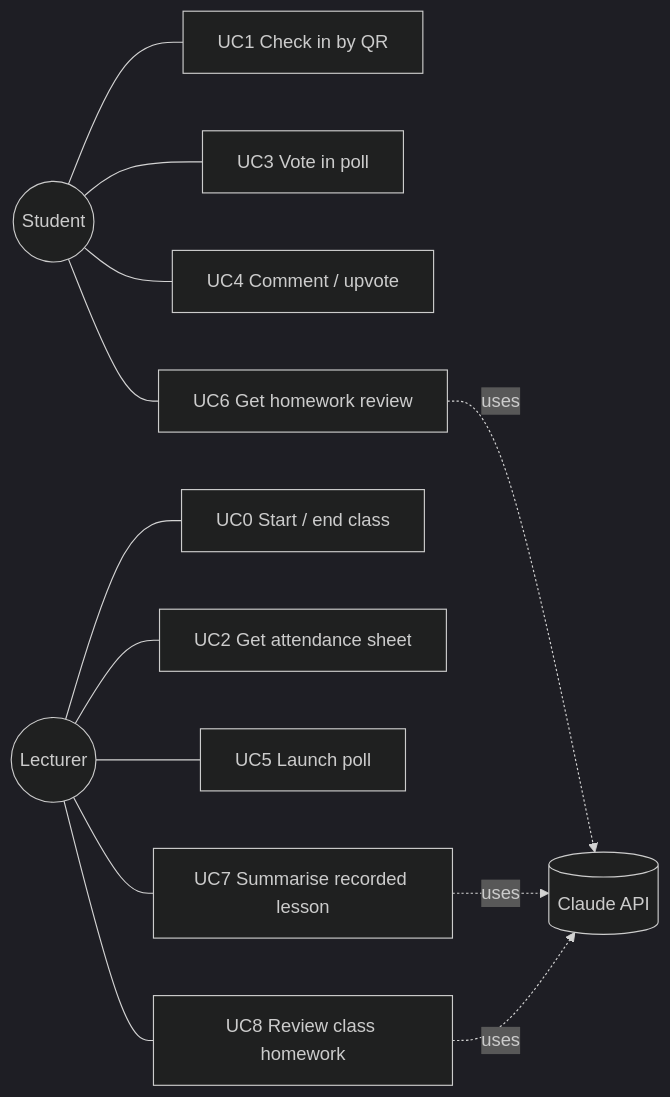
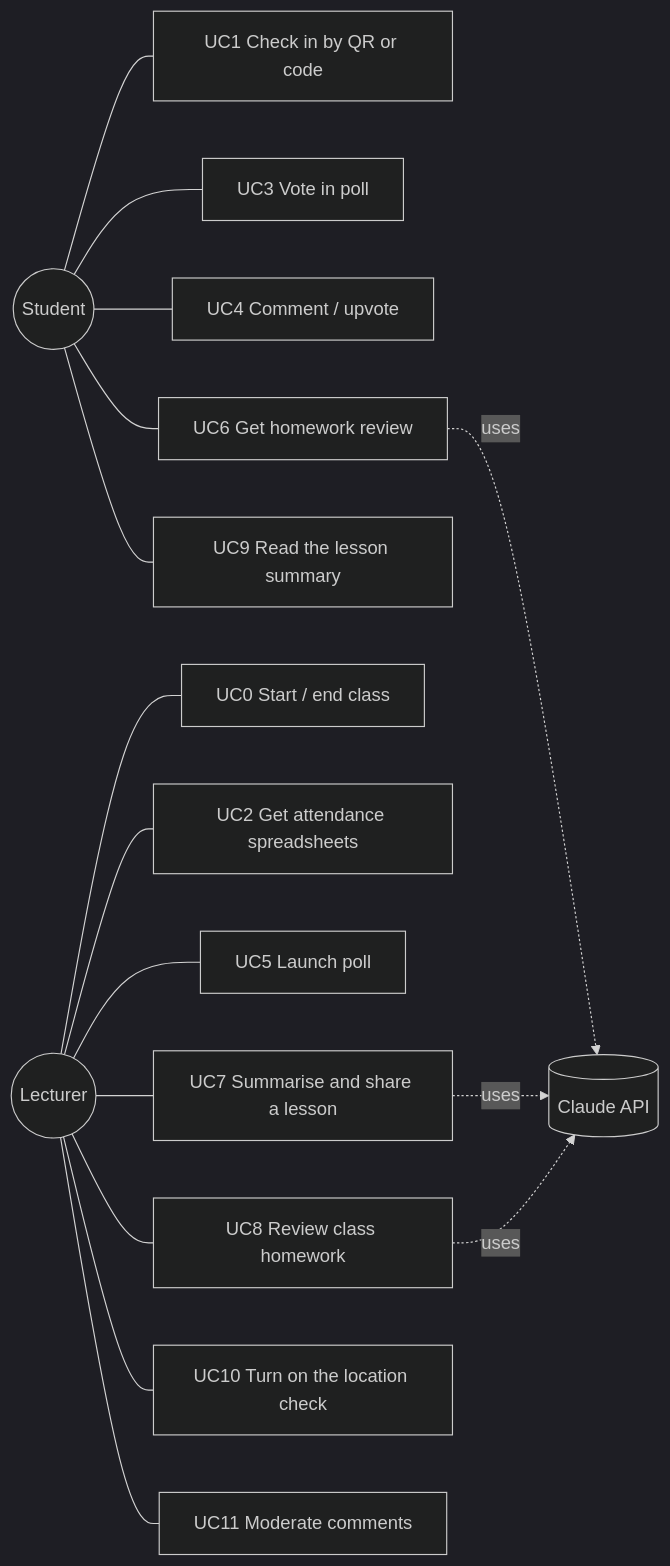
The diagram in docs/04-use-cases.md (roneliyahu2001/oop-ex2-classpulse), drawn with Mermaid (dark theme) before and after one commit. The commit also changed other lines of this file and 47 other files, not shown here.

First line of the commit message:
ClassPulse v2: Hebrew UI, typed code, location check, Excel reports, hardening

````diff
--- a/docs/04-use-cases.md
+++ b/docs/04-use-cases.md
@@ -3,15 +3,18 @@
 ```mermaid
 flowchart LR
-  S((Student)) --- UC1[UC1 Check in by QR]
+  S((Student)) --- UC1[UC1 Check in by QR or code]
   S --- UC3[UC3 Vote in poll]
   S --- UC4[UC4 Comment / upvote]
   S --- UC6[UC6 Get homework review]
+  S --- UC9[UC9 Read the lesson summary]
   L((Lecturer)) --- UC0[UC0 Start / end class]
-  L --- UC2[UC2 Get attendance sheet]
+  L --- UC2[UC2 Get attendance spreadsheets]
   L --- UC5[UC5 Launch poll]
-  L --- UC7[UC7 Summarise recorded lesson]
+  L --- UC7[UC7 Summarise and share a lesson]
   L --- UC8[UC8 Review class homework]
+  L --- UC10[UC10 Turn on the location check]
+  L --- UC11[UC11 Moderate comments]
   UC6 -.uses.-> LLM[(Claude API)]
   UC7 -.uses.-> LLM
   UC8 -.uses.-> LLM
 ```
````
